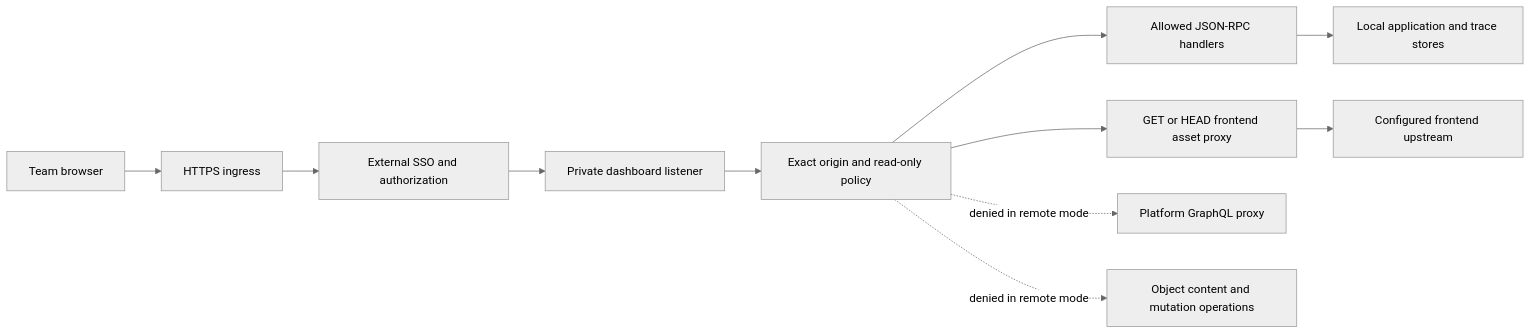
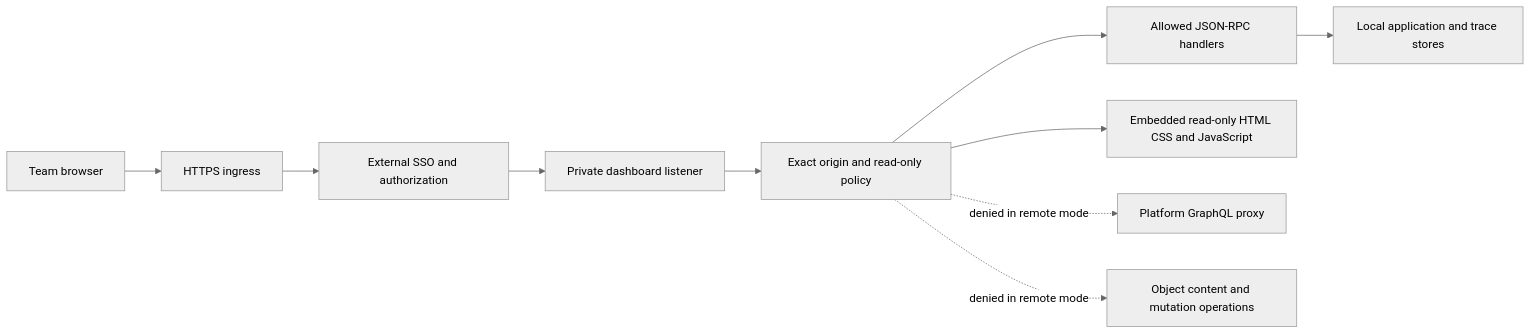
Before and after one commit to Seed-Leaf/encore: the diagram in docs/self-host-dashboard/architecture.md, drawn with Mermaid (neutral theme). The commit also changed other lines of this file and 18 other files, not shown here.

````diff
--- a/docs/self-host-dashboard/architecture.md
+++ b/docs/self-host-dashboard/architecture.md
@@ -11,13 +11,12 @@
 ```mermaid
 flowchart LR
     B[Team browser] --> T[HTTPS ingress]
     T --> A[External SSO and authorization]
     A --> D[Private dashboard listener]
     D --> P[Exact origin and read-only policy]
     P --> R[Allowed JSON-RPC handlers]
     R --> L[Local application and trace stores]
-    P --> U[GET or HEAD frontend asset proxy]
-    U --> F[Configured frontend upstream]
+    P --> U[Embedded read-only HTML CSS and JavaScript]
     P -. denied in remote mode .-> C[Platform GraphQL proxy]
     P -. denied in remote mode .-> O[Object content and mutation operations]
 ```
````
